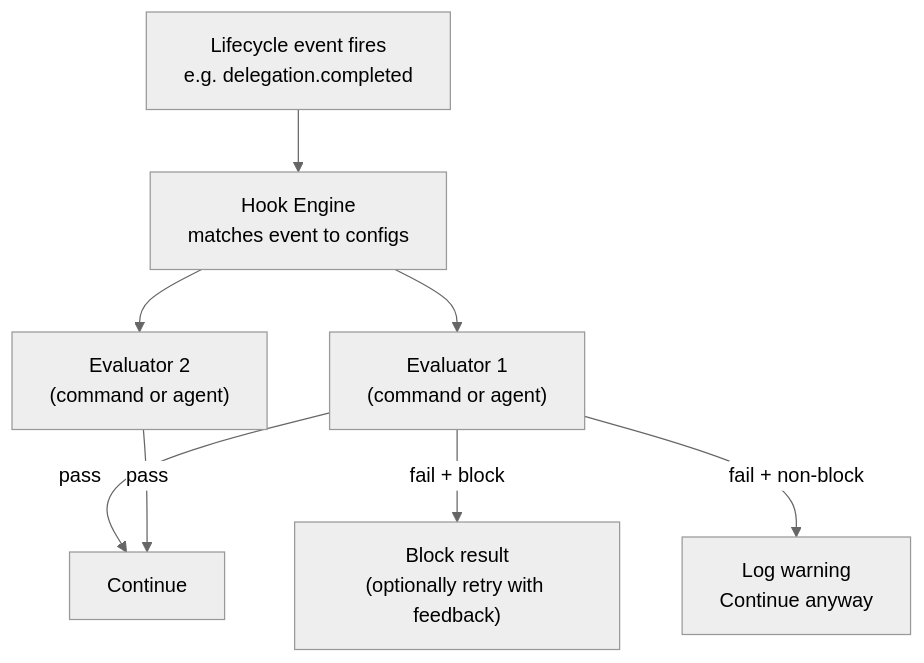
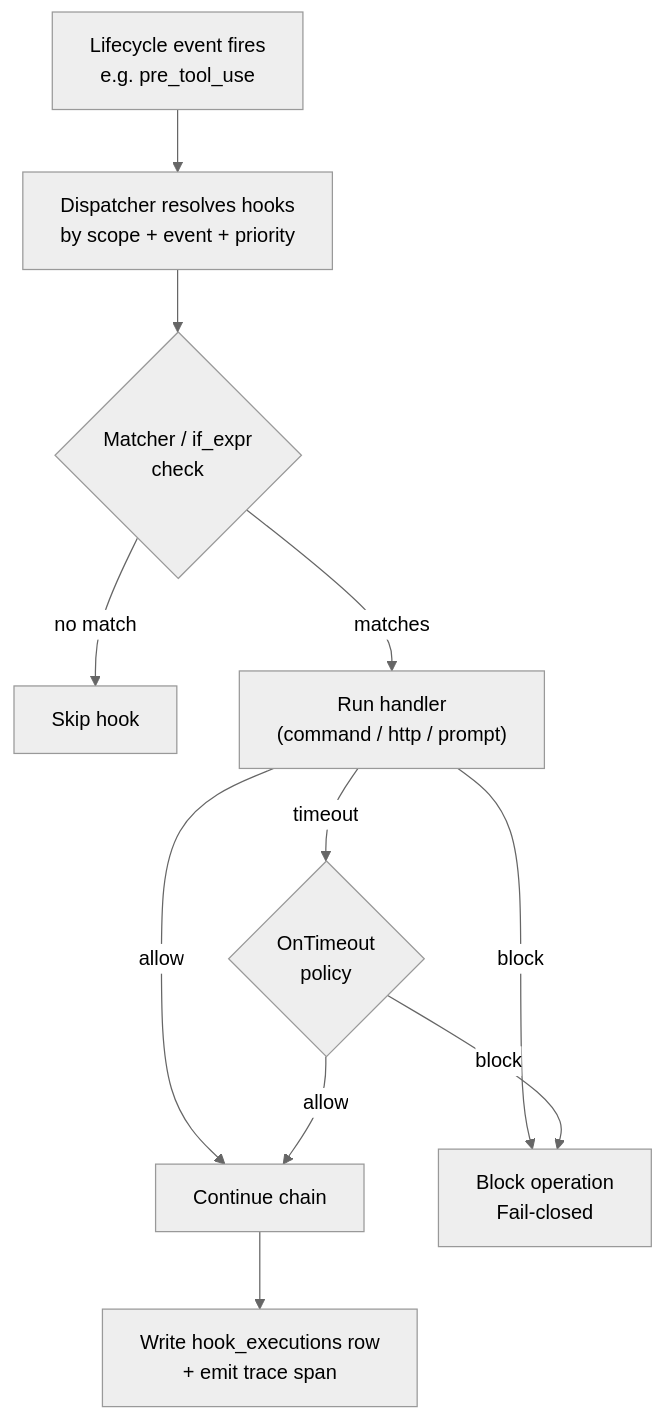
The diagram in advanced/hooks-quality-gates.md (q1t-architect/goclaw-docs), drawn with Mermaid (neutral theme) before and after one commit. The commit also changed other lines of this file and 37 other files, not shown here.

````diff
--- a/advanced/hooks-quality-gates.md
+++ b/advanced/hooks-quality-gates.md
@@ -53,10 +51,13 @@
 ```mermaid
 flowchart TD
-    EVENT["Lifecycle event fires\ne.g. delegation.completed"] --> ENGINE["Hook Engine\nmatches event to configs"]
-    ENGINE --> EVAL1["Evaluator 1\n(command or agent)"]
-    ENGINE --> EVAL2["Evaluator 2\n(command or agent)"]
-    EVAL1 -->|pass| NEXT["Continue"]
-    EVAL1 -->|fail + block| BLOCK["Block result\n(optionally retry with feedback)"]
-    EVAL1 -->|fail + non-block| LOG["Log warning\nContinue anyway"]
-    EVAL2 -->|pass| NEXT
+    EVENT["Lifecycle event fires\ne.g. pre_tool_use"] --> RESOLVE["Dispatcher resolves hooks\nby scope + event + priority"]
+    RESOLVE --> MATCH{"Matcher / if_expr\ncheck"}
+    MATCH -->|no match| SKIP["Skip hook"]
+    MATCH -->|matches| HANDLER["Run handler\n(command / http / prompt)"]
+    HANDLER -->|allow| NEXT["Continue chain"]
+    HANDLER -->|block| BLOCKED["Block operation\nFail-closed"]
+    HANDLER -->|timeout| TIMEOUT_DECISION{"OnTimeout\npolicy"}
+    TIMEOUT_DECISION -->|block| BLOCKED
+    TIMEOUT_DECISION -->|allow| NEXT
+    NEXT --> AUDIT["Write hook_executions row\n+ emit trace span"]
 ```
````
